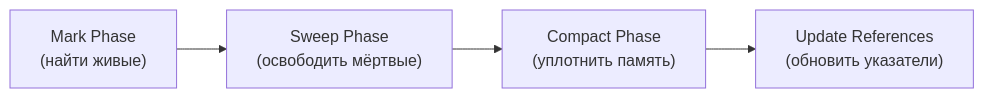
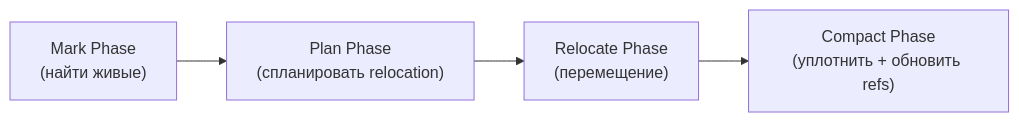
One commit to valinerosgordov/NET-Mastery-Hub changed the first of 2 diagrams in Runtime/gc-memory.md. Above: the diagram before and after it, drawn with Mermaid. The commit also changed other lines of this file and 93 other files, not shown here.

````diff
--- a/Runtime/gc-memory.md
+++ b/Runtime/gc-memory.md
@@ -81,6 +278,6 @@
 ```mermaid
 flowchart LR
-    A["Mark Phase\n(найти живые)"] --> B["Sweep Phase\n(освободить мёртвые)"]
-    B --> C["Compact Phase\n(уплотнить память)"]
-    C --> D["Update References\n(обновить указатели)"]
+    A["Mark Phase\n(найти живые)"] --> B["Plan Phase\n(спланировать relocation)"]
+    B --> C["Relocate Phase\n(перемещение)"]
+    C --> D["Compact Phase\n(уплотнить + обновить refs)"]
 ```
````
